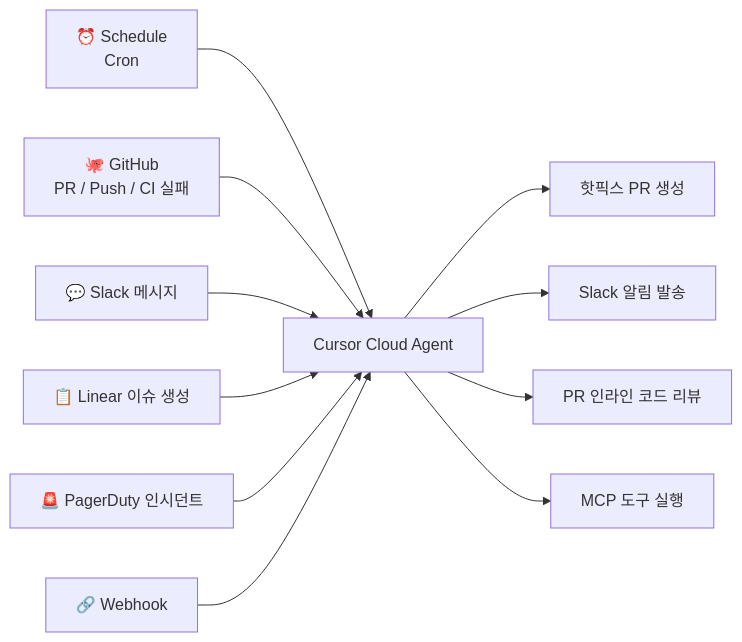
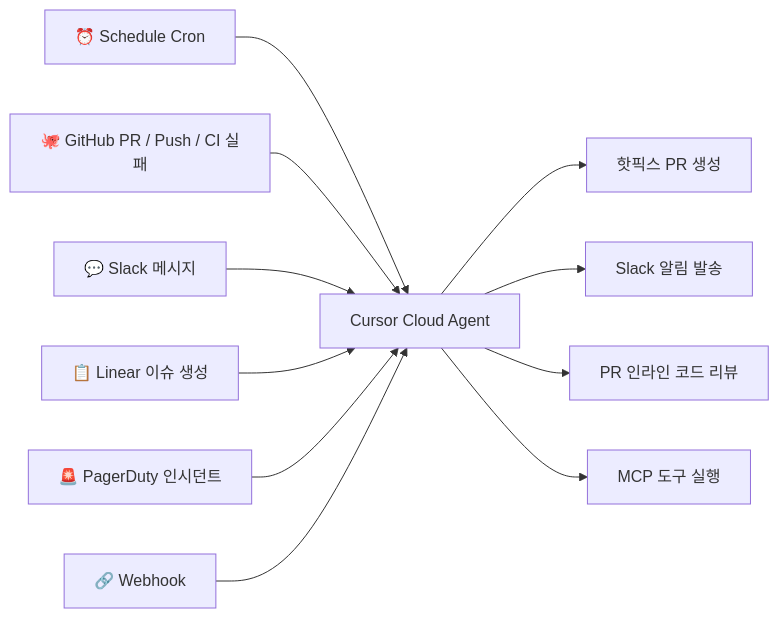
The third of 3 diagrams in index.md (Mike-kor/my-agent-docs), drawn with Mermaid before and after one commit. The commit also changed other lines of this file, not shown here.

Commit message:
docs: GitHub Pages용 mermaid pre 태그 변환 + CDN 스크립트 추가

````diff
--- a/index.md
+++ b/index.md
@@ -474,13 +474,13 @@
-```mermaid
+<pre class="mermaid">
 flowchart LR
-    A[⏰ Schedule\nCron] --> Z[Cursor Cloud Agent]
-    B[🐙 GitHub\nPR / Push / CI 실패] --> Z
+    A[⏰ Schedule Cron] --> Z[Cursor Cloud Agent]
+    B[🐙 GitHub PR / Push / CI 실패] --> Z
     C[💬 Slack 메시지] --> Z
     D[📋 Linear 이슈 생성] --> Z
     E[🚨 PagerDuty 인시던트] --> Z
     F[🔗 Webhook] --> Z
     Z --> G[핫픽스 PR 생성]
     Z --> H[Slack 알림 발송]
     Z --> I[PR 인라인 코드 리뷰]
     Z --> J[MCP 도구 실행]
-```
+</pre>
````
